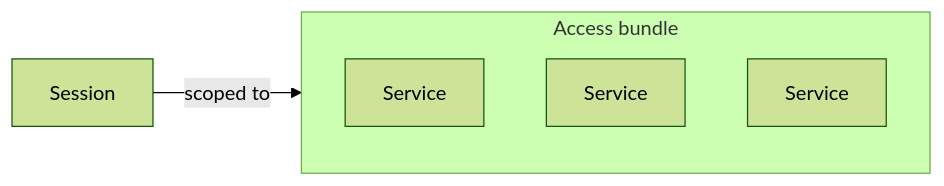
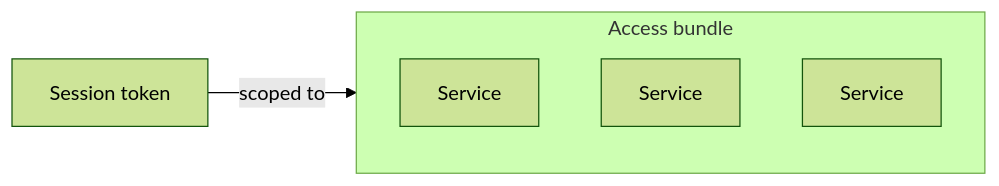
One commit to Infisical/infisical changed the third of 6 diagrams in docs/documentation/platform/agent-vault/how-it-works.mdx. Above: the diagram before and after it, drawn with Mermaid (forest theme). The commit also changed other lines of this file, not shown here.

Commit message:
update mermaid diagrams

````diff
--- a/docs/documentation/platform/agent-vault/how-it-works.mdx
+++ b/docs/documentation/platform/agent-vault/how-it-works.mdx
@@ -50,9 +50,9 @@
     ```mermaid
     flowchart LR
-      session["Session"] -->|"scoped to"| bundle
+      token["Session token"] -->|"scoped to"| bundle
       subgraph bundle["Access bundle"]
         s1["Service"]
         s2["Service"]
         s3["Service"]
       end
     ```
````
